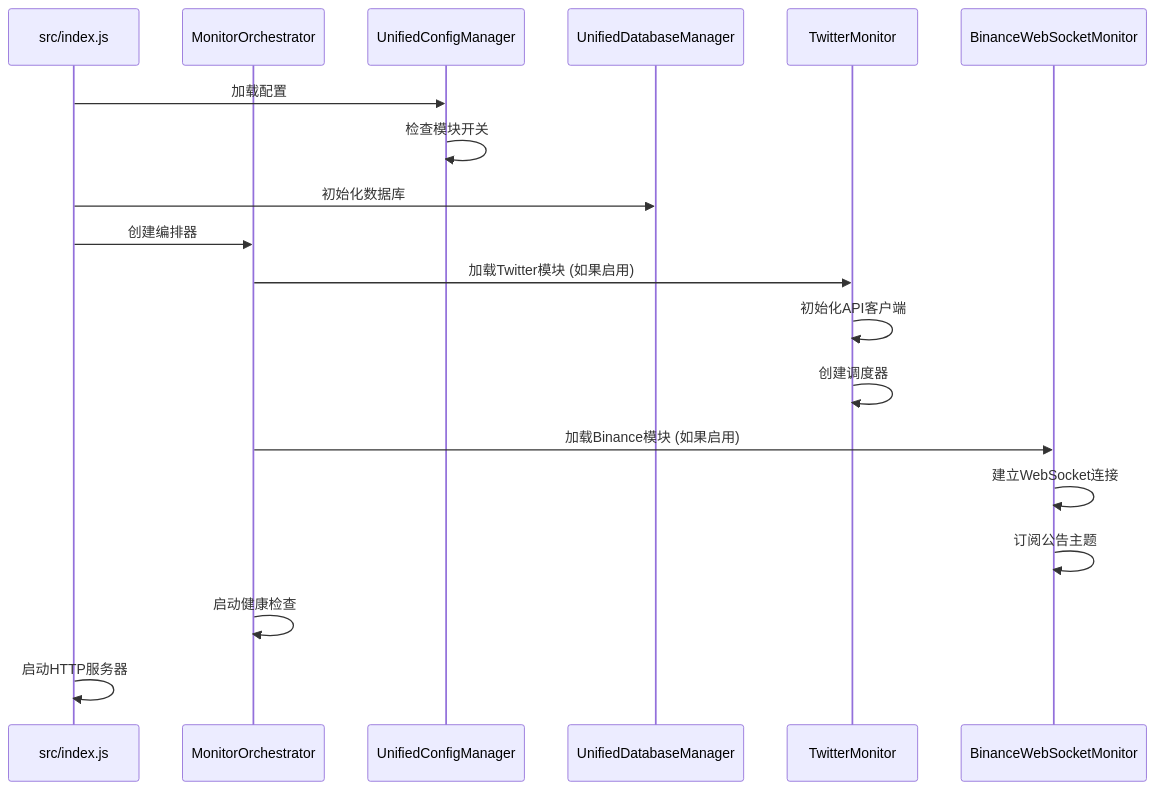
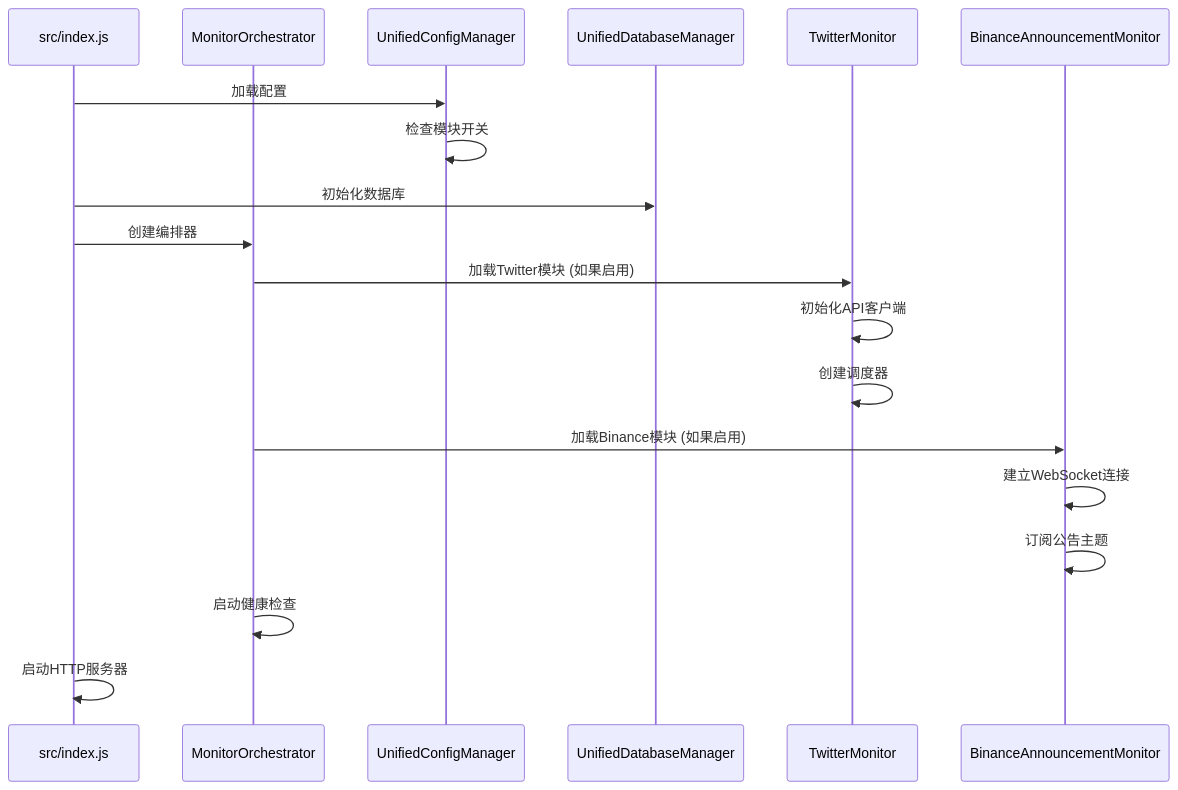
Before and after one commit to gaohongxiang/monitor: the second of 3 diagrams in TECHNICAL_DOCUMENTATION.md, drawn with Mermaid. The commit also changed other lines of this file and 3 other files, not shown here.

First line of the commit message:
refactor: 重命名BinanceWebSocketMonitor为BinanceAnnouncementMonitor

````diff
--- a/TECHNICAL_DOCUMENTATION.md
+++ b/TECHNICAL_DOCUMENTATION.md
@@ -270,25 +270,25 @@
 ```mermaid
 sequenceDiagram
     participant Main as src/index.js
     participant Orchestrator as MonitorOrchestrator
     participant Config as UnifiedConfigManager
     participant DB as UnifiedDatabaseManager
     participant Twitter as TwitterMonitor
-    participant Binance as BinanceWebSocketMonitor
+    participant Binance as BinanceAnnouncementMonitor
 
     Main->>Config: 加载配置
     Config->>Config: 检查模块开关
     Main->>DB: 初始化数据库
     Main->>Orchestrator: 创建编排器
 
     Orchestrator->>Twitter: 加载Twitter模块 (如果启用)
     Twitter->>Twitter: 初始化API客户端
     Twitter->>Twitter: 创建调度器
 
     Orchestrator->>Binance: 加载Binance模块 (如果启用)
     Binance->>Binance: 建立WebSocket连接
     Binance->>Binance: 订阅公告主题
 
     Orchestrator->>Orchestrator: 启动健康检查
     Main->>Main: 启动HTTP服务器
 ```
````
